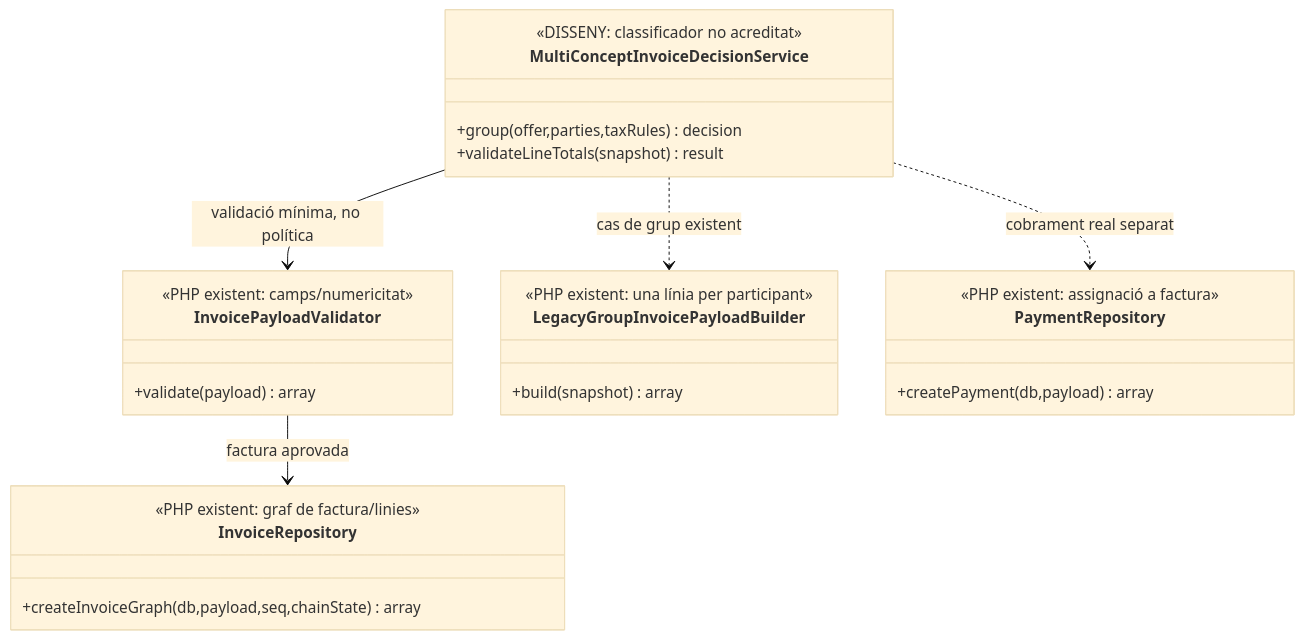
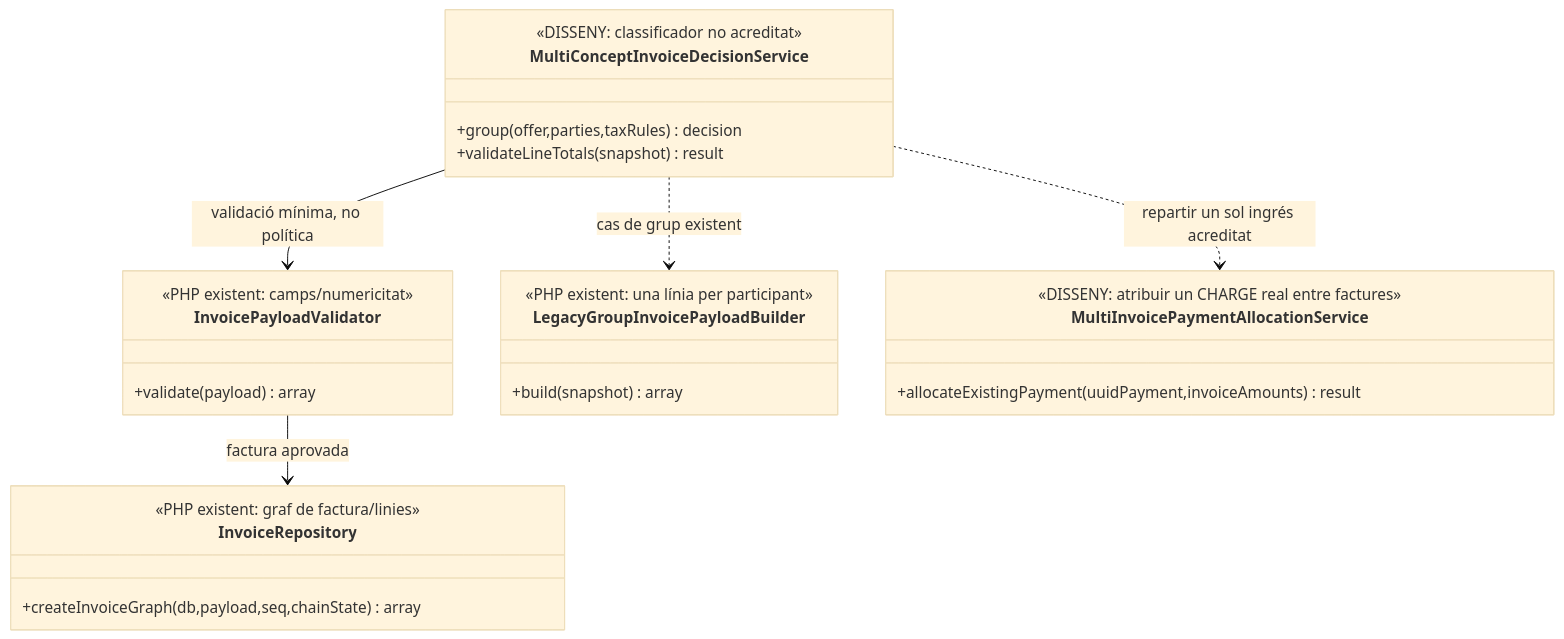
The second of 3 diagrams in documentacio/07-uml-integrat/uc-088-decidir-agrupacio-linies-factura-multiconcepte.md (orgmeriemprismacat-del/verifactu), drawn with Mermaid (base theme) before and after one commit. The commit also changed other lines of this file, not shown here.

Commit message:
docs: precisar atribució de cobrament i correccions de redacció

````diff
--- a/documentacio/07-uml-integrat/uc-088-decidir-agrupacio-linies-factura-multiconcepte.md
+++ b/documentacio/07-uml-integrat/uc-088-decidir-agrupacio-linies-factura-multiconcepte.md
@@ -54,28 +54,28 @@
 ```mermaid
 classDiagram
 class MultiConceptInvoiceDecisionService {
  <<DISSENY: classificador no acreditat>>
  +group(offer,parties,taxRules) decision
  +validateLineTotals(snapshot) result
 }
 class InvoicePayloadValidator {
  <<PHP existent: camps/numericitat>>
  +validate(payload) array
 }
 class LegacyGroupInvoicePayloadBuilder {
  <<PHP existent: una línia per participant>>
  +build(snapshot) array
 }
 class InvoiceRepository {
  <<PHP existent: graf de factura/linies>>
  +createInvoiceGraph(db,payload,seq,chainState) array
 }
-class PaymentRepository {
- <<PHP existent: assignació a factura>>
- +createPayment(db,payload) array
+class MultiInvoicePaymentAllocationService {
+ <<DISSENY: atribuir un CHARGE real entre factures>>
+ +allocateExistingPayment(uuidPayment,invoiceAmounts) result
 }
 MultiConceptInvoiceDecisionService ..> LegacyGroupInvoicePayloadBuilder : cas de grup existent
 MultiConceptInvoiceDecisionService --> InvoicePayloadValidator : validació mínima, no política
 InvoicePayloadValidator --> InvoiceRepository : factura aprovada
-MultiConceptInvoiceDecisionService ..> PaymentRepository : cobrament real separat
+MultiConceptInvoiceDecisionService ..> MultiInvoicePaymentAllocationService : repartir un sol ingrés acreditat
 ```
````
